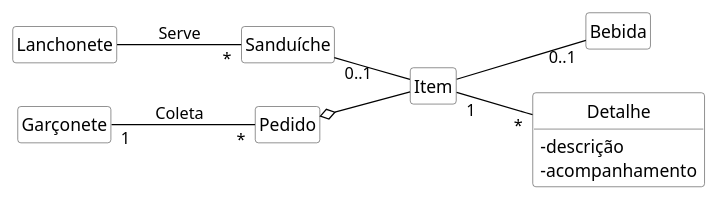
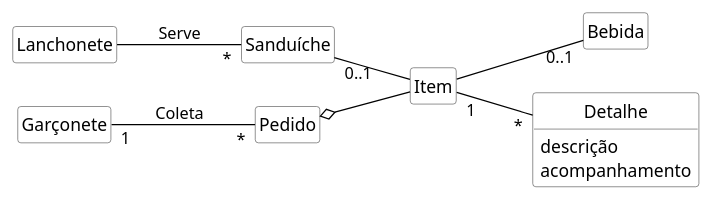
The diagram in imagens/modelos-05/mod05ima04/mod05ima04.plantuml (kyriosdata/oo), drawn with PlantUML before and after one commit. The commit also changed 2 other files, not shown here.

```diff
--- a/imagens/modelos-05/mod05ima04/mod05ima04.plantuml
+++ b/imagens/modelos-05/mod05ima04/mod05ima04.plantuml
@@ -1,30 +1,30 @@
 @startuml mod05ima04
 hide circle
 hide methods
 hide empty members
 
 skinparam class {
     BackgroundColor White
     ArrowColor Black
     BorderColor #505050
 }
 allow_mixing
 skinparam classAttributeIconSize 0
 class "Lanchonete" as la
 class "Sanduíche" as sa
 class "Garçonete" as ga
 class "Pedido" as pe
 class "Item" as it
 class "Bebida" as be
 class "Detalhe" as de 
-de : - descrição 
-de : - acompanhamento 
+de : descrição 
+de : acompanhamento 
 
 left to right direction
 la --"*" sa : Serve
 sa "0..1"-- it 
 ga "1"--"*" pe : Coleta
 pe o--it 
 it --"0..1" be 
 it "1"--"*" de
 @enduml
```
